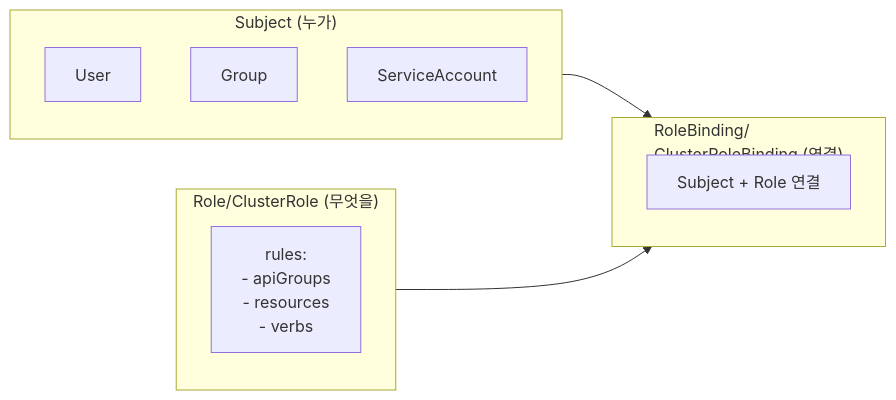
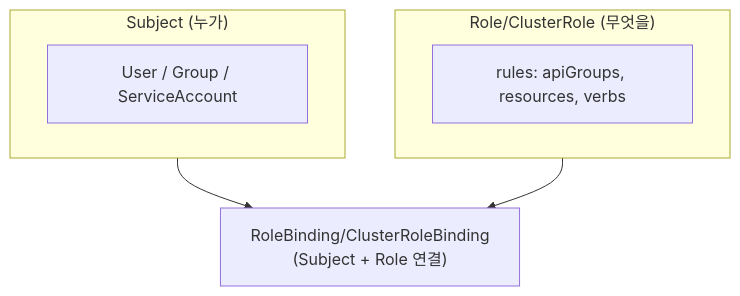
Before and after one commit to K-Diger/k-diger.github.io: the diagram in _posts/2026-01-07-kubernetes-17-rbac.md, drawn with Mermaid. The commit also changed 13 other files, not shown here.

````diff
--- a/_posts/2026-01-07-kubernetes-17-rbac.md
+++ b/_posts/2026-01-07-kubernetes-17-rbac.md
@@ -20,19 +20,15 @@
 ```mermaid
-flowchart LR
+flowchart TB
     subgraph subject["Subject (누가)"]
-        user["User"]
-        group["Group"]
-        sa["ServiceAccount"]
+        user["User / Group / ServiceAccount"]
     end
 
     subgraph role["Role/ClusterRole (무엇을)"]
-        rules["rules:<br/>- apiGroups<br/>- resources<br/>- verbs"]
+        rules["rules: apiGroups, resources, verbs"]
     end
 
-    subgraph binding["RoleBinding/<br/>ClusterRoleBinding (연결)"]
-        bind["Subject + Role 연결"]
-    end
+    binding["RoleBinding/ClusterRoleBinding<br/>(Subject + Role 연결)"]
 
     subject --> binding
     role --> binding
 ```
````
